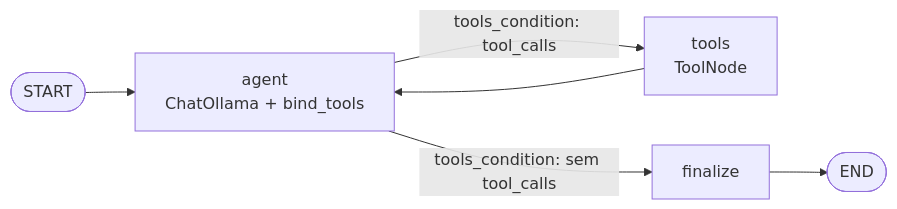
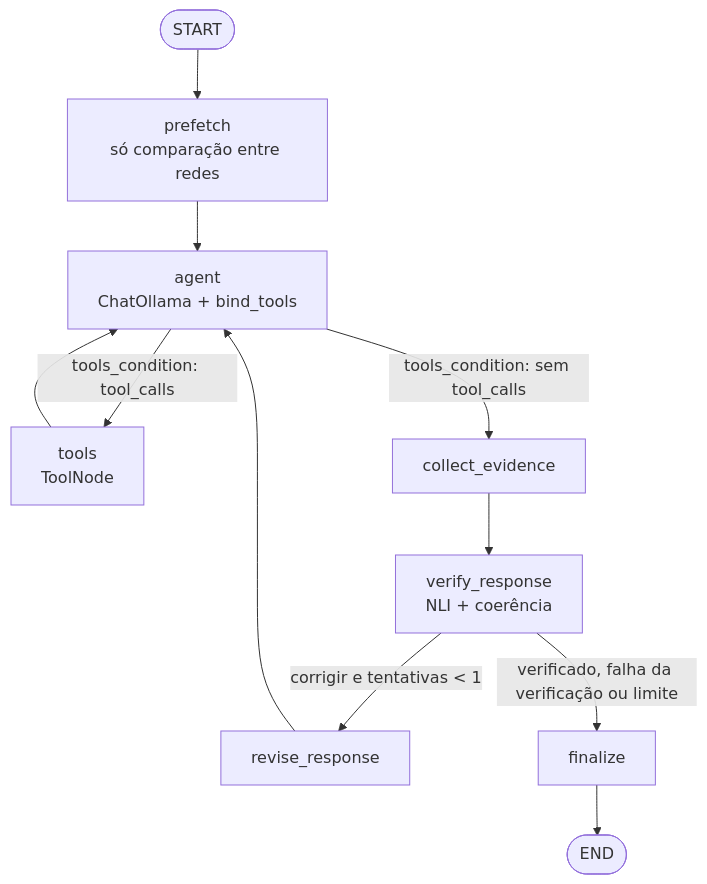
Before and after one commit to gabriel-q7/crypto-intelligent-agent: the diagram in docs/langgraph-architecture.md, drawn with Mermaid. The commit also changed other lines of this file and 14 other files, not shown here.

````diff
--- a/docs/langgraph-architecture.md
+++ b/docs/langgraph-architecture.md
@@ -54,8 +55,13 @@
 ```mermaid
-flowchart LR
-    S([START]) --> A[agent<br/>ChatOllama + bind_tools]
+flowchart TD
+    S([START]) --> P[prefetch<br/>só comparação entre redes]
+    P --> A[agent<br/>ChatOllama + bind_tools]
     A -- "tools_condition: tool_calls" --> T[tools<br/>ToolNode]
     T --> A
-    A -- "tools_condition: sem tool_calls" --> F[finalize]
+    A -- "tools_condition: sem tool_calls" --> C[collect_evidence]
+    C --> V[verify_response<br/>NLI + coerência]
+    V -- "corrigir e tentativas < 1" --> R[revise_response]
+    R --> A
+    V -- "verificado, falha da verificação ou limite" --> F[finalize]
     F --> E([END])
 ```
````
